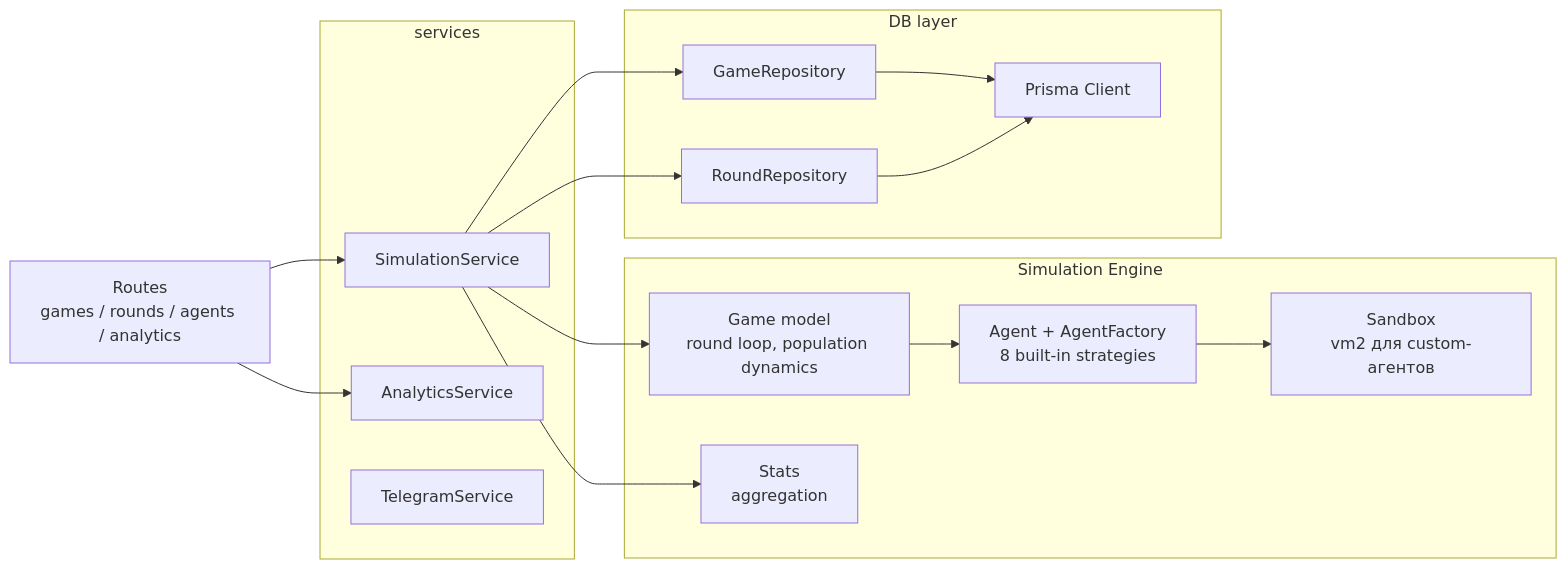
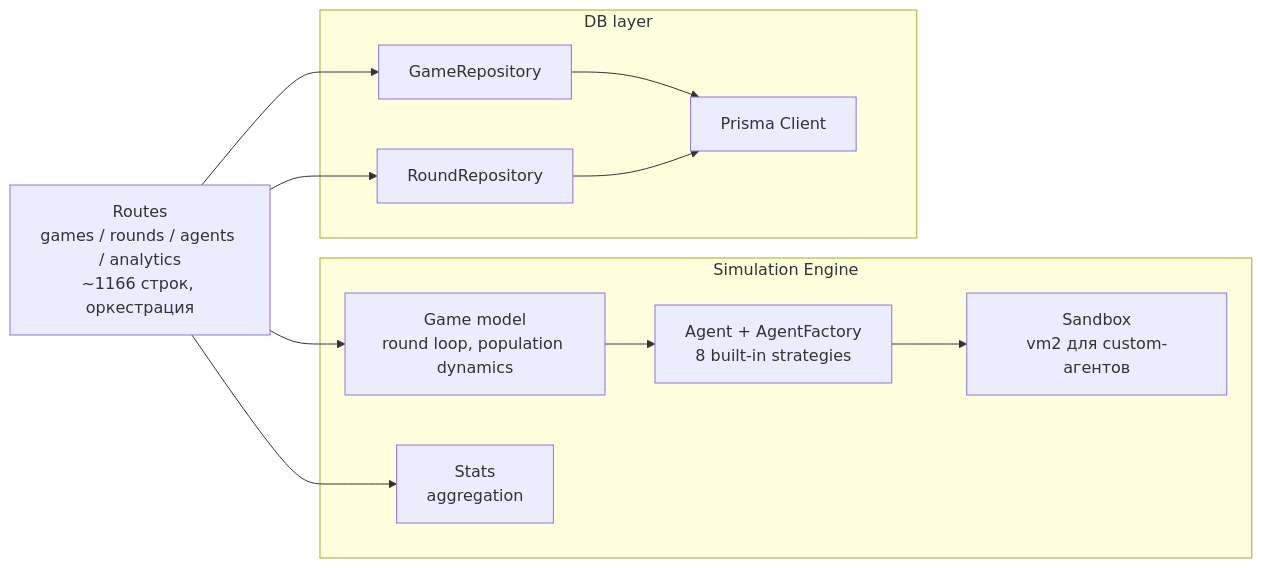
The third of 4 diagrams in README.md (Sarkibartierbitti/El-Farol), drawn with Mermaid before and after one commit. The commit also changed other lines of this file and 107 other files, not shown here.

````diff
--- a/README.md
+++ b/README.md
@@ -165,34 +150,26 @@
 ```mermaid
 graph LR
-    routes[Routes<br/>games / rounds / agents / analytics]
-
-    subgraph services
-        sim_svc[SimulationService]
-        analytics_svc[AnalyticsService]
-        telegram_svc[TelegramService]
-    end
+    routes[Routes<br/>games / rounds / agents / analytics<br/>~1166 строк, оркестрация]
 
     subgraph "Simulation Engine"
         game[Game model<br/>round loop, population dynamics]
         agent[Agent + AgentFactory<br/>8 built-in strategies]
         sandbox[Sandbox<br/>vm2 для custom-агентов]
         stats[Stats<br/>aggregation]
     end
 
     subgraph "DB layer"
         game_repo[GameRepository]
         round_repo[RoundRepository]
         prisma[Prisma Client]
     end
 
-    routes --> sim_svc
-    routes --> analytics_svc
-    sim_svc --> game
+    routes --> game
+    routes --> stats
+    routes --> game_repo
+    routes --> round_repo
     game --> agent
     agent --> sandbox
-    sim_svc --> stats
-    sim_svc --> game_repo
-    sim_svc --> round_repo
     game_repo --> prisma
     round_repo --> prisma
 ```
````
